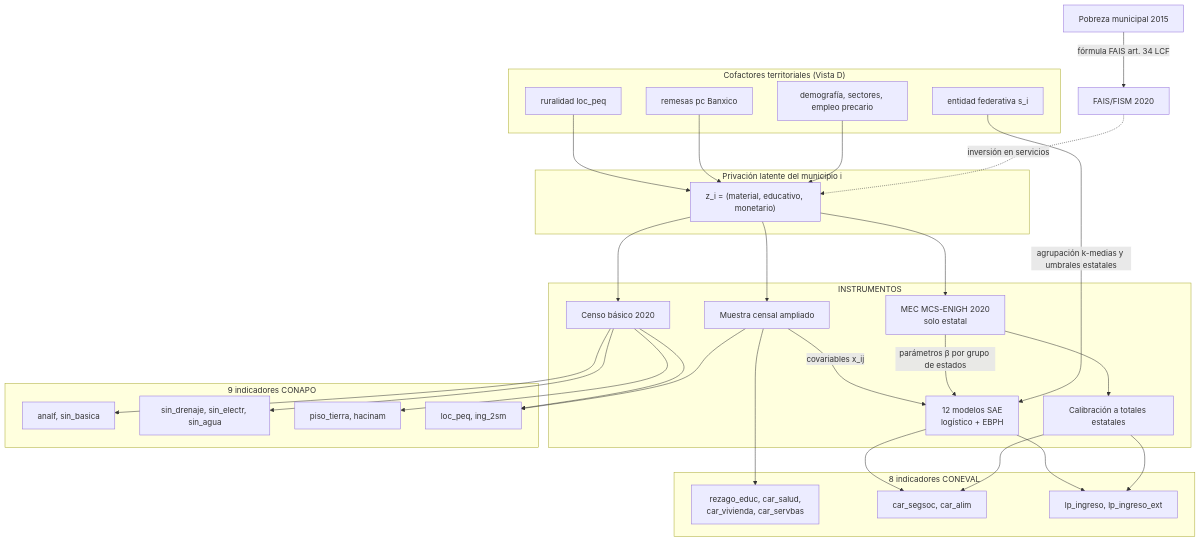
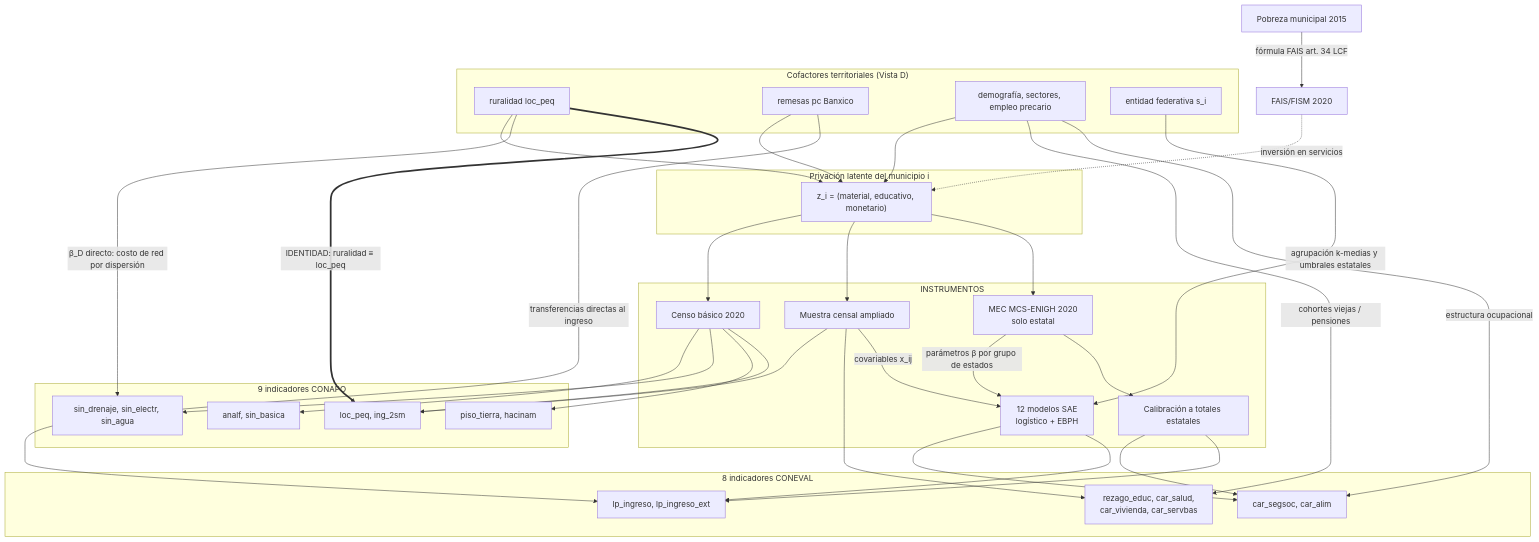
One commit to cuentadesanti/pobreza-marginacion changed the diagram in reports/reporte_dgp_dag.md. Above: the diagram before and after it, drawn with Mermaid. The commit also changed other lines of this file and 4 other files, not shown here.

````diff
--- a/reports/reporte_dgp_dag.md
+++ b/reports/reporte_dgp_dag.md
@@ -65,48 +65,53 @@
 ```mermaid
 graph TD
     subgraph LATENTE["Privación latente del municipio i"]
         Z["z_i = (material, educativo, monetario)"]
     end
 
     subgraph CONTEXTO["Cofactores territoriales (Vista D)"]
         RUR[ruralidad loc_peq]
         REM[remesas pc Banxico]
         DEM[demografía, sectores, empleo precario]
         EST[entidad federativa s_i]
     end
 
     subgraph INSTRUMENTOS
         CB[Censo básico 2020]
         CA[Muestra censal ampliado]
         ENIGH[MEC MCS-ENIGH 2020<br/>solo estatal]
         SAE[12 modelos SAE<br/>logístico + EBPH]
         CAL[Calibración a totales estatales]
     end
 
     subgraph CONAPO_IND["9 indicadores CONAPO"]
         A1[analf, sin_basica]
         A2[sin_drenaje, sin_electr, sin_agua]
         A3[piso_tierra, hacinam]
         A4[loc_peq, ing_2sm]
     end
 
     subgraph CONEVAL_IND["8 indicadores CONEVAL"]
         B1[rezago_educ, car_salud,<br/>car_vivienda, car_servbas]
         B2[car_segsoc, car_alim]
         B3[lp_ingreso, lp_ingreso_ext]
     end
 
     Z --> CB; Z --> CA; Z --> ENIGH
     RUR --> Z; REM --> Z; DEM --> Z
+    RUR -->|β_D directo: costo de red por dispersión| A2
+    RUR ==>|IDENTIDAD: ruralidad ≡ loc_peq| A4
+    DEM -->|cohortes viejas / pensiones| B1
+    DEM -->|estructura ocupacional| B2
+    REM -->|transferencias directas al ingreso| B3
     CB --> A1; CB --> A2; CB --> A3; CB --> A4
     CA --> A4
     CA --> B1
     CA -->|covariables x_ij| SAE
     ENIGH -->|parámetros β por grupo de estados| SAE
     SAE --> B2; SAE --> B3
     ENIGH --> CAL; CAL --> B2; CAL --> B3
     EST -->|agrupación k-medias y umbrales estatales| SAE
 
     POB2015[Pobreza municipal 2015] -->|fórmula FAIS art. 34 LCF| FAIS[FAIS/FISM 2020]
     FAIS -.->|inversión en servicios| Z
 ```
````
